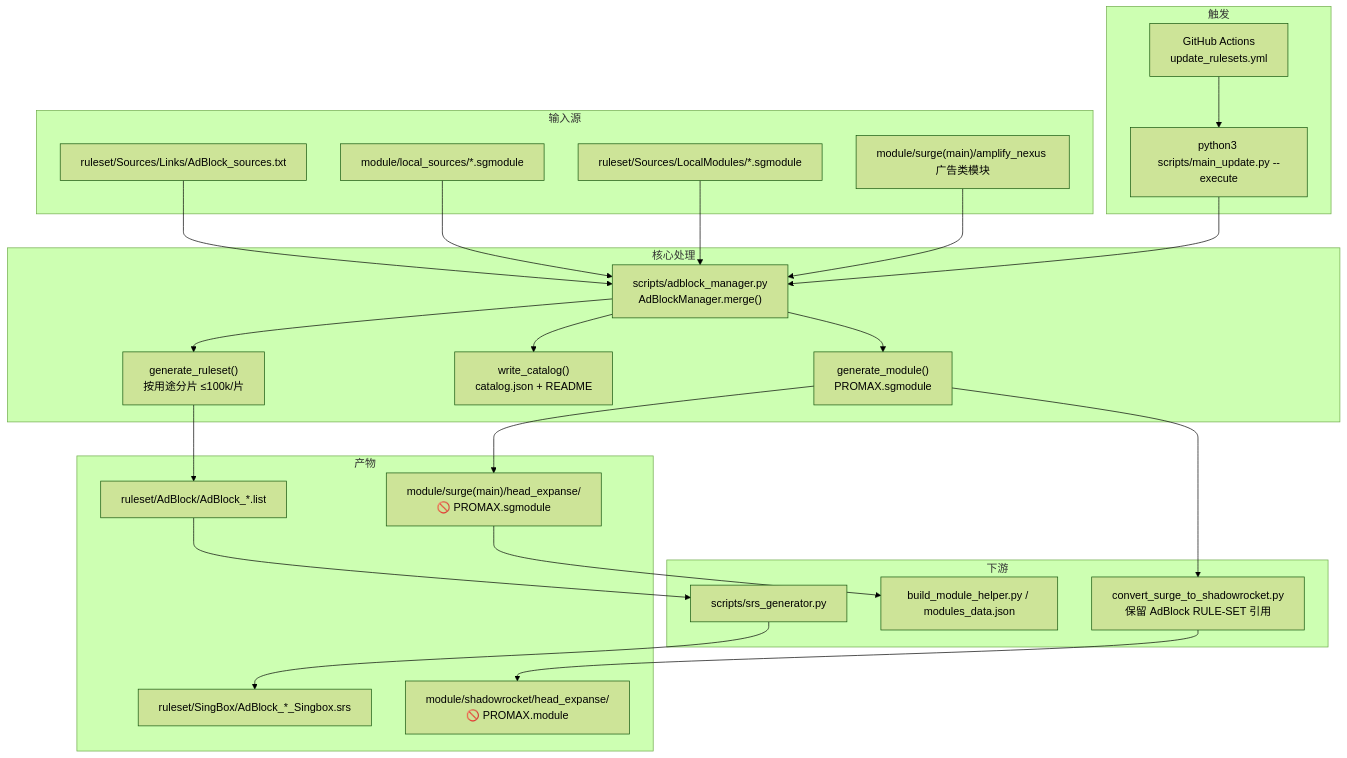
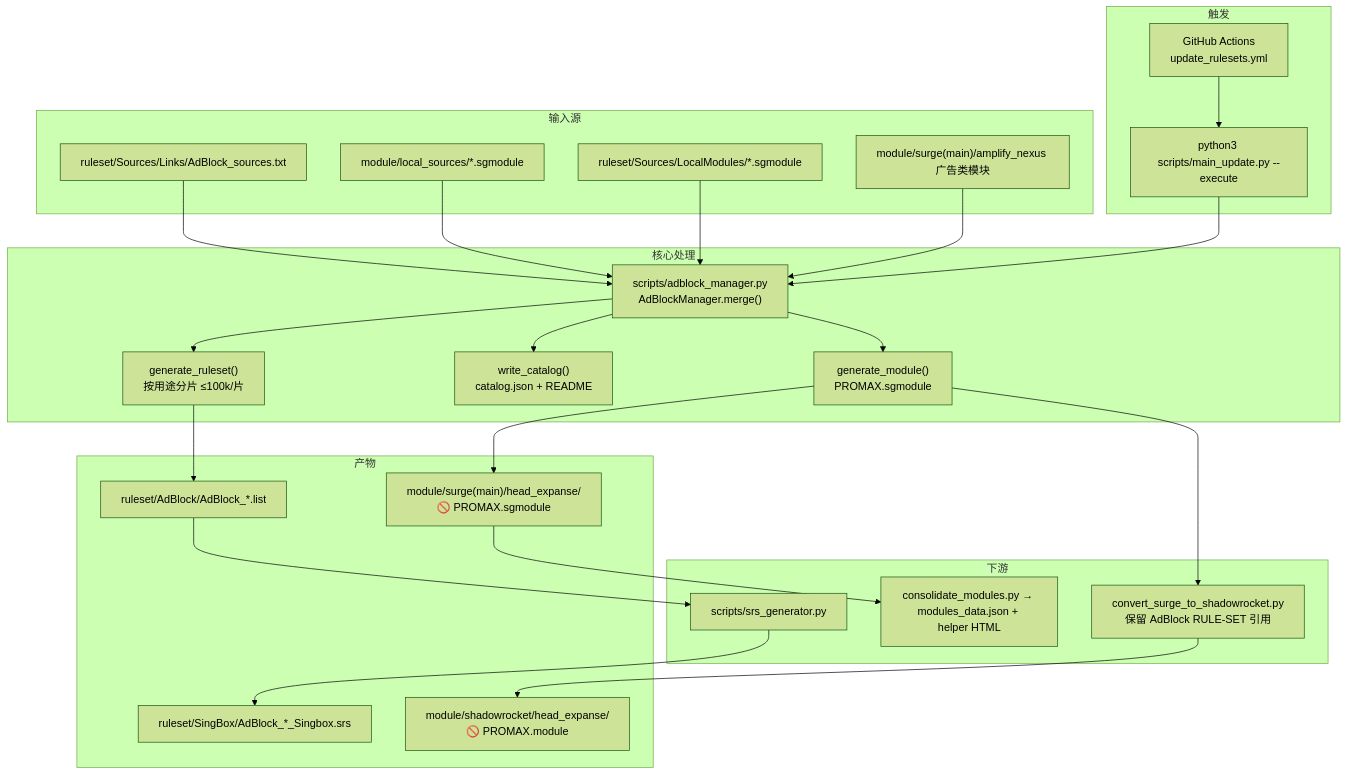
One commit to nowaytouse/script_hub changed the diagram in docs/AdBlock_callchain.md. Above: the diagram before and after it, drawn with Mermaid (forest theme). The commit also changed 17 other files, not shown here.

First line of the commit message:
chore: consolidate scripts layout, docs, and module catalog pipeline

````diff
--- a/docs/AdBlock_callchain.md
+++ b/docs/AdBlock_callchain.md
@@ -5,47 +5,47 @@
 ```mermaid
 flowchart TB
   subgraph trigger [触发]
     CI["GitHub Actions<br/>update_rulesets.yml"]
     Local["python3 scripts/main_update.py --execute"]
   end
 
   subgraph sources [输入源]
     Manifest["ruleset/Sources/Links/AdBlock_sources.txt"]
     LocalSrc["module/local_sources/*.sgmodule"]
     LocalMod["ruleset/Sources/LocalModules/*.sgmodule"]
     Nexus["module/surge(main)/amplify_nexus 广告类模块"]
   end
 
   subgraph core [核心处理]
     ABM["scripts/adblock_manager.py<br/>AdBlockManager.merge()"]
     Split["generate_ruleset()<br/>按用途分片 ≤100k/片"]
     Cat["write_catalog()<br/>catalog.json + README"]
     Mod["generate_module()<br/>PROMAX.sgmodule"]
   end
 
   subgraph outputs [产物]
     Lists["ruleset/AdBlock/AdBlock_*.list"]
     SRS["ruleset/SingBox/AdBlock_*_Singbox.srs"]
     Surge["module/surge(main)/head_expanse/🚫 PROMAX.sgmodule"]
     SR["module/shadowrocket/head_expanse/🚫 PROMAX.module"]
   end
 
   subgraph downstream [下游]
     Conv["convert_surge_to_shadowrocket.py<br/>保留 AdBlock RULE-SET 引用"]
     SRSGen["scripts/srs_generator.py"]
-    Helper["build_module_helper.py / modules_data.json"]
+    Helper["consolidate_modules.py → modules_data.json + helper HTML"]
   end
 
   CI --> Local
   Local --> ABM
   Manifest --> ABM
   LocalSrc --> ABM
   LocalMod --> ABM
   Nexus --> ABM
   ABM --> Split --> Lists
   ABM --> Cat
   ABM --> Mod --> Surge
   Mod --> Conv --> SR
   Lists --> SRSGen --> SRS
   Surge --> Helper
 ```
````
